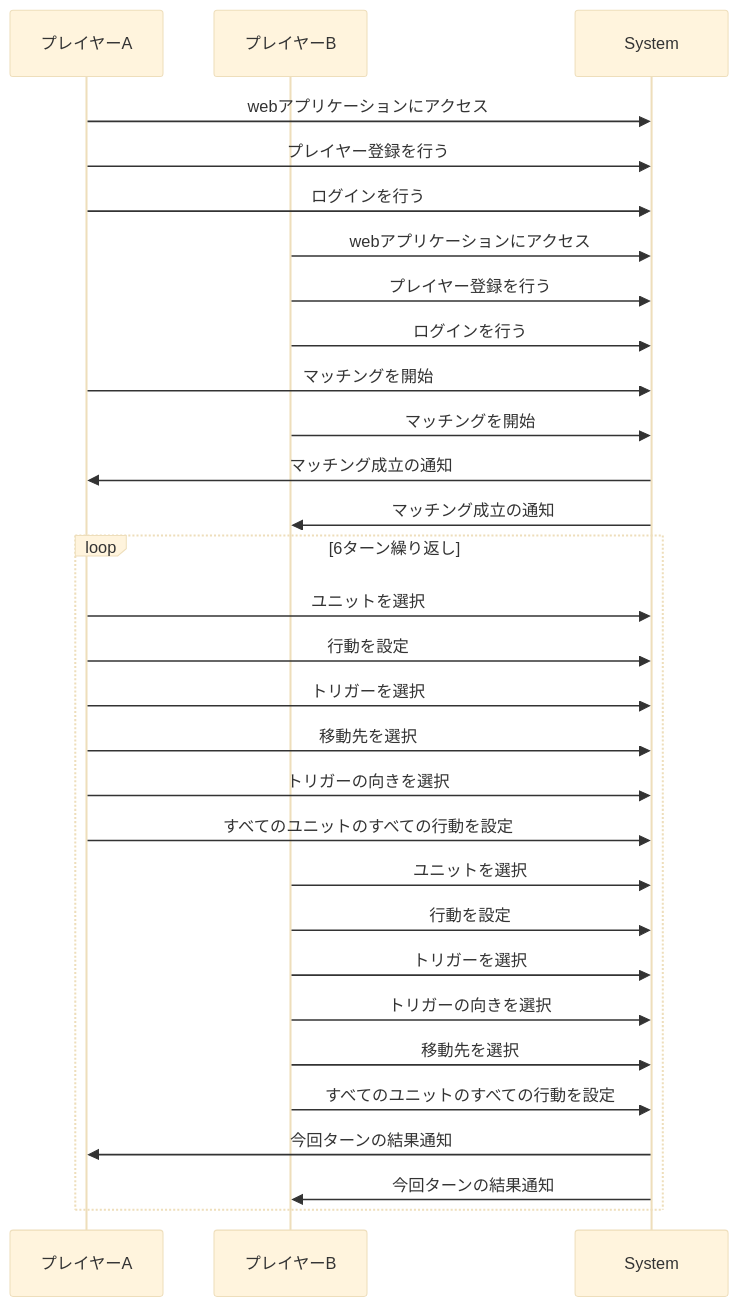
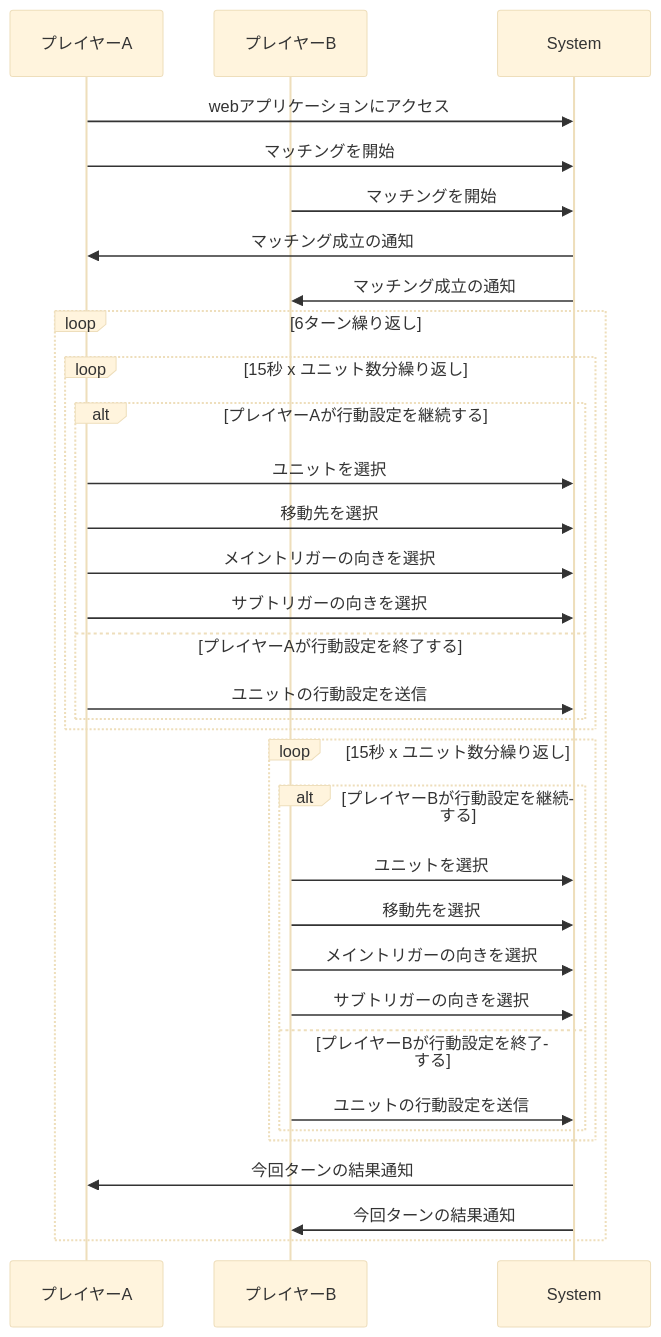
Before and after one commit to pandapan-cute/TriggerGameCompose: the diagram in docs/02_基本設計/ドメイン駆動設計/02_イベントストリーミング/イベントストーミング.md, drawn with Mermaid (base theme). The commit also changed other lines of this file and 11 other files, not shown here.

````diff
--- a/docs/02_基本設計/ドメイン駆動設計/02_イベントストリーミング/イベントストーミング.md
+++ b/docs/02_基本設計/ドメイン駆動設計/02_イベントストリーミング/イベントストーミング.md
@@ -44,31 +47,36 @@
 ```mermaid
 sequenceDiagram
     participant P as プレイヤーA
     participant Q as プレイヤーB
     P->>System: webアプリケーションにアクセス
-    P->>System: プレイヤー登録を行う
-    P->>System: ログインを行う
-    Q->>System: webアプリケーションにアクセス
-    Q->>System: プレイヤー登録を行う
-    Q->>System: ログインを行う
     P->>System: マッチングを開始
     Q->>System: マッチングを開始
     System->>P: マッチング成立の通知
     System->>Q: マッチング成立の通知
-    loop 6ターン繰り返し
-        P->>System: ユニットを選択
-        P->>System: 行動を設定
-        P->>System: トリガーを選択
-        P->>System: 移動先を選択
-        P->>System: トリガーの向きを選択
-        P->>System: すべてのユニットのすべての行動を設定
-        Q->>System: ユニットを選択
-        Q->>System: 行動を設定
-        Q->>System: トリガーを選択
-        Q->>System: トリガーの向きを選択
-        Q->>System: 移動先を選択
-        Q->>System: すべてのユニットのすべての行動を設定
-        System->>P: 今回ターンの結果通知
-        System->>Q: 今回ターンの結果通知
+    loop 6ターン繰り返し  
+      loop 15秒 x ユニット数分繰り返し
+        alt プレイヤーAが行動設定を継続する
+          P->>System: ユニットを選択
+          P->>System: 移動先を選択
+          P->>System: メイントリガーの向きを選択
+          P->>System: サブトリガーの向きを選択
+        else プレイヤーAが行動設定を終了する
+          P->>System: ユニットの行動設定を送信
+        end
+      end
+
+      loop 15秒 x ユニット数分繰り返し
+        alt プレイヤーBが行動設定を継続する
+          Q->>System: ユニットを選択
+          Q->>System: 移動先を選択
+          Q->>System: メイントリガーの向きを選択
+          Q->>System: サブトリガーの向きを選択
+        else プレイヤーBが行動設定を終了する
+          Q->>System: ユニットの行動設定を送信
+        end
+      end
+
+      System->>P: 今回ターンの結果通知
+      System->>Q: 今回ターンの結果通知
     end
 ```
````
